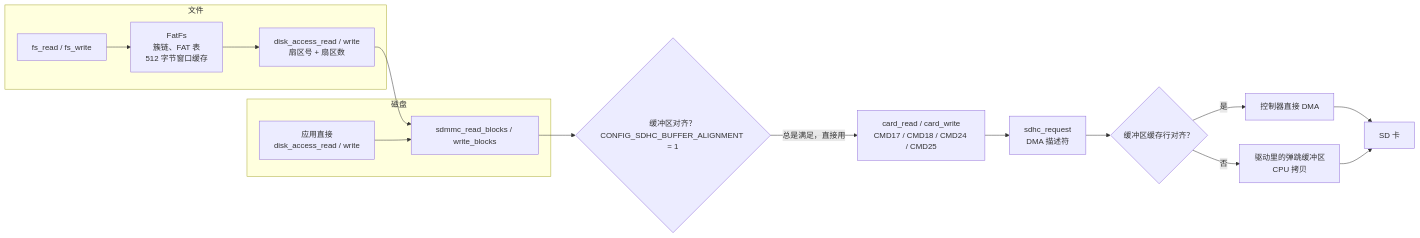
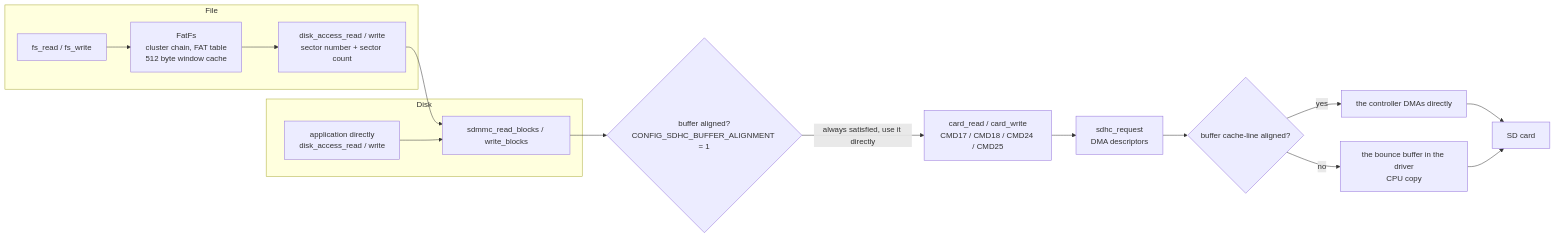
The third of 3 diagrams in docs/src/content/docs/dev/zephyr/components/sd.md (YuzukiHD/YuzukiNeko), drawn with Mermaid before and after one commit. The commit also changed other lines of this file and 216 other files, not shown here.

````diff
--- a/docs/src/content/docs/dev/zephyr/components/sd.md
+++ b/docs/src/content/docs/dev/zephyr/components/sd.md
@@ -70,19 +70,19 @@
 ```mermaid
 flowchart LR
-    subgraph 文件
-        F1["fs_read / fs_write"] --> F2["FatFs<br/>簇链、FAT 表<br/>512 字节窗口缓存"]
-        F2 --> F3["disk_access_read / write<br/>扇区号 + 扇区数"]
+    subgraph File
+        F1["fs_read / fs_write"] --> F2["FatFs<br/>cluster chain, FAT table<br/>512 byte window cache"]
+        F2 --> F3["disk_access_read / write<br/>sector number + sector count"]
     end
-    subgraph 磁盘
+    subgraph Disk
         F3 --> D1["sdmmc_read_blocks / write_blocks"]
-        R1["应用直接<br/>disk_access_read / write"] --> D1
+        R1["application directly<br/>disk_access_read / write"] --> D1
     end
-    D1 --> D2{"缓冲区对齐？<br/>CONFIG_SDHC_BUFFER_ALIGNMENT = 1"}
-    D2 -->|"总是满足，直接用"| D3["card_read / card_write<br/>CMD17 / CMD18 / CMD24 / CMD25"]
-    D3 --> D4["sdhc_request<br/>DMA 描述符"]
-    D4 --> D5{"缓冲区缓存行对齐？"}
-    D5 -->|是| D6["控制器直接 DMA"]
-    D5 -->|否| D7["驱动里的弹跳缓冲区<br/>CPU 拷贝"]
-    D6 --> D8["SD 卡"]
+    D1 --> D2{"buffer aligned?<br/>CONFIG_SDHC_BUFFER_ALIGNMENT = 1"}
+    D2 -->|"always satisfied, use it directly"| D3["card_read / card_write<br/>CMD17 / CMD18 / CMD24 / CMD25"]
+    D3 --> D4["sdhc_request<br/>DMA descriptors"]
+    D4 --> D5{"buffer cache-line aligned?"}
+    D5 -->|yes| D6["the controller DMAs directly"]
+    D5 -->|no| D7["the bounce buffer in the driver<br/>CPU copy"]
+    D6 --> D8["SD card"]
     D7 --> D8
 ```
````
